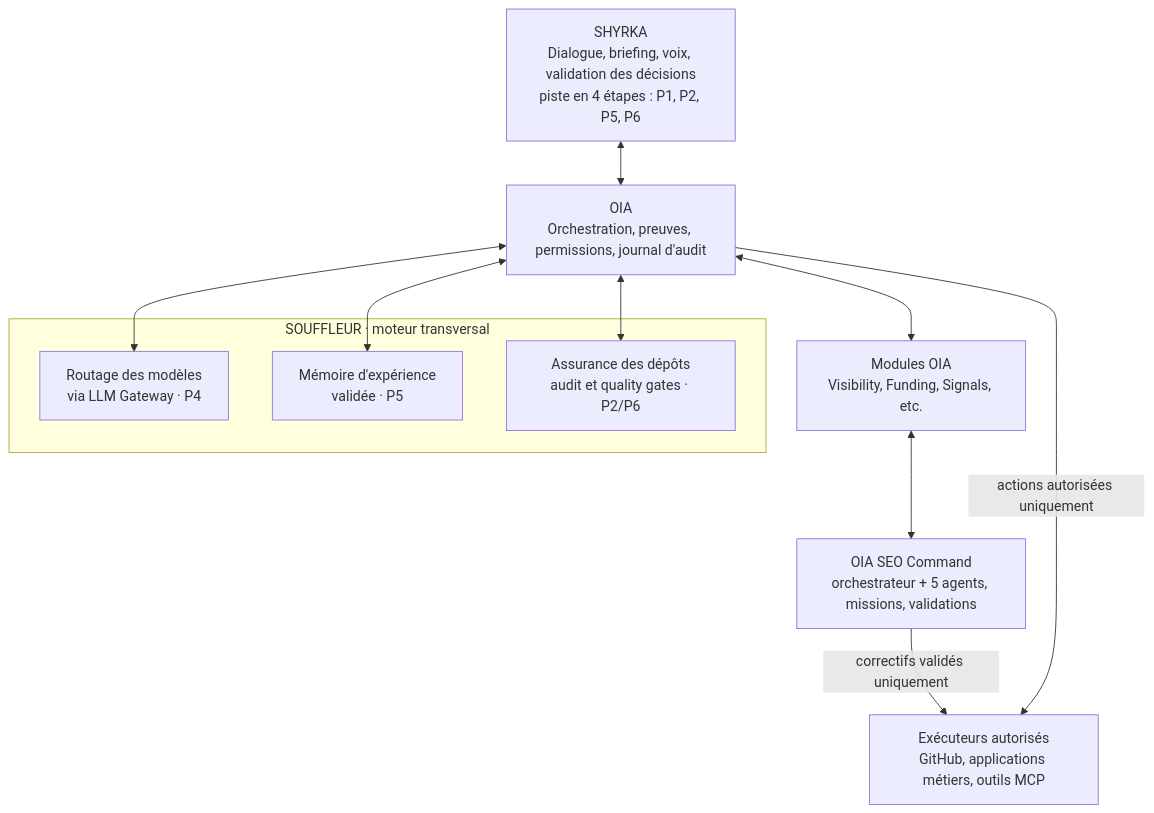
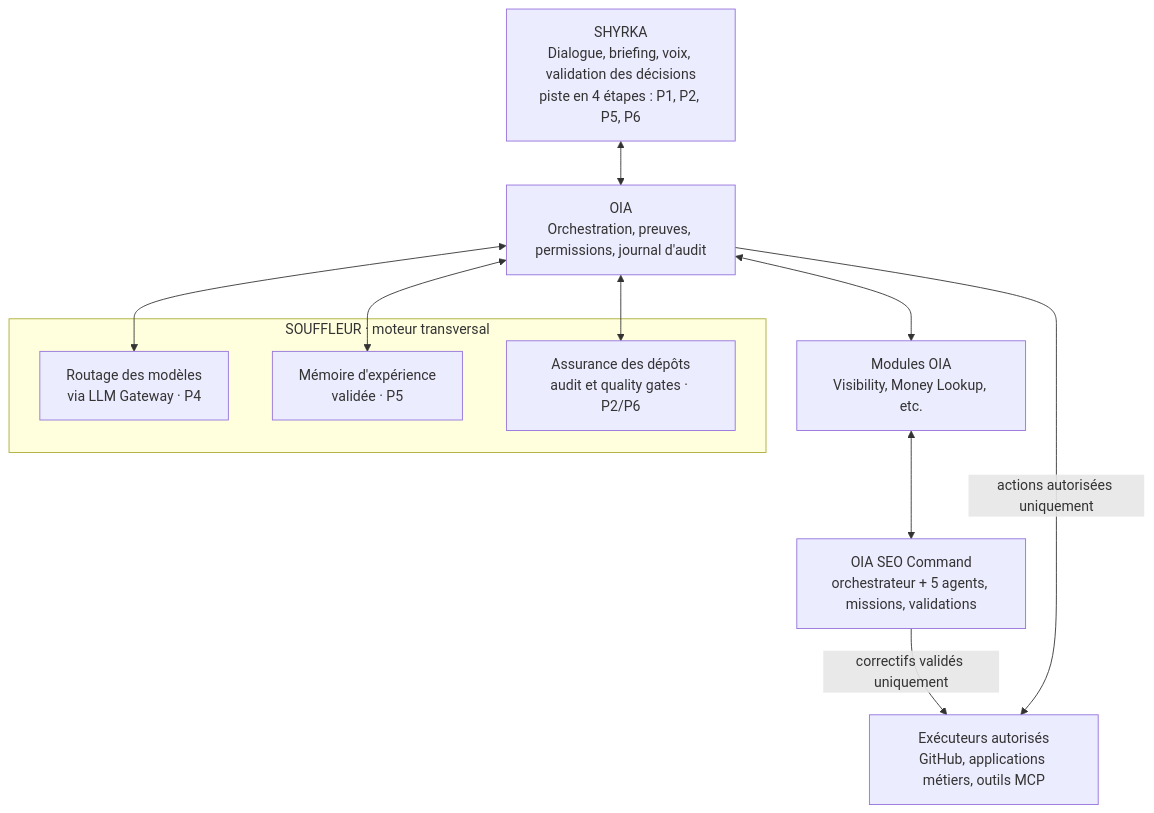
Before and after one commit to OolalaDXB/OIA: the first of 2 diagrams in docs/roadmap-oia-shyrka-souffleur.md, drawn with Mermaid. The commit also changed other lines of this file and 6 other files, not shown here.

First line of the commit message:
mandat v8 bloc Z : roadmap 3.10, rapport, libellé de typologie

````diff
--- a/docs/roadmap-oia-shyrka-souffleur.md
+++ b/docs/roadmap-oia-shyrka-souffleur.md
@@ -52,21 +55,21 @@
 ```mermaid
 flowchart TB
     S["SHYRKA<br/>Dialogue, briefing, voix, validation des décisions<br/>piste en 4 étapes : P1, P2, P5, P6"]
     O["OIA<br/>Orchestration, preuves, permissions, journal d'audit"]
     subgraph SOC["SOUFFLEUR · moteur transversal"]
         R["Routage des modèles<br/>via LLM Gateway · P4"]
         M["Mémoire d'expérience<br/>validée · P5"]
         A["Assurance des dépôts<br/>audit et quality gates · P2/P6"]
     end
-    V["Modules OIA<br/>Visibility, Funding, Signals, etc."]
+    V["Modules OIA<br/>Visibility, Money Lookup, etc."]
     C["OIA SEO Command<br/>orchestrateur + 5 agents, missions, validations"]
     X["Exécuteurs autorisés<br/>GitHub, applications métiers, outils MCP"]
     S <--> O
     O <--> R
     O <--> M
     O <--> A
     O <--> V
     V <--> C
     C -->|correctifs validés uniquement| X
     O -->|actions autorisées uniquement| X
 ```
````
